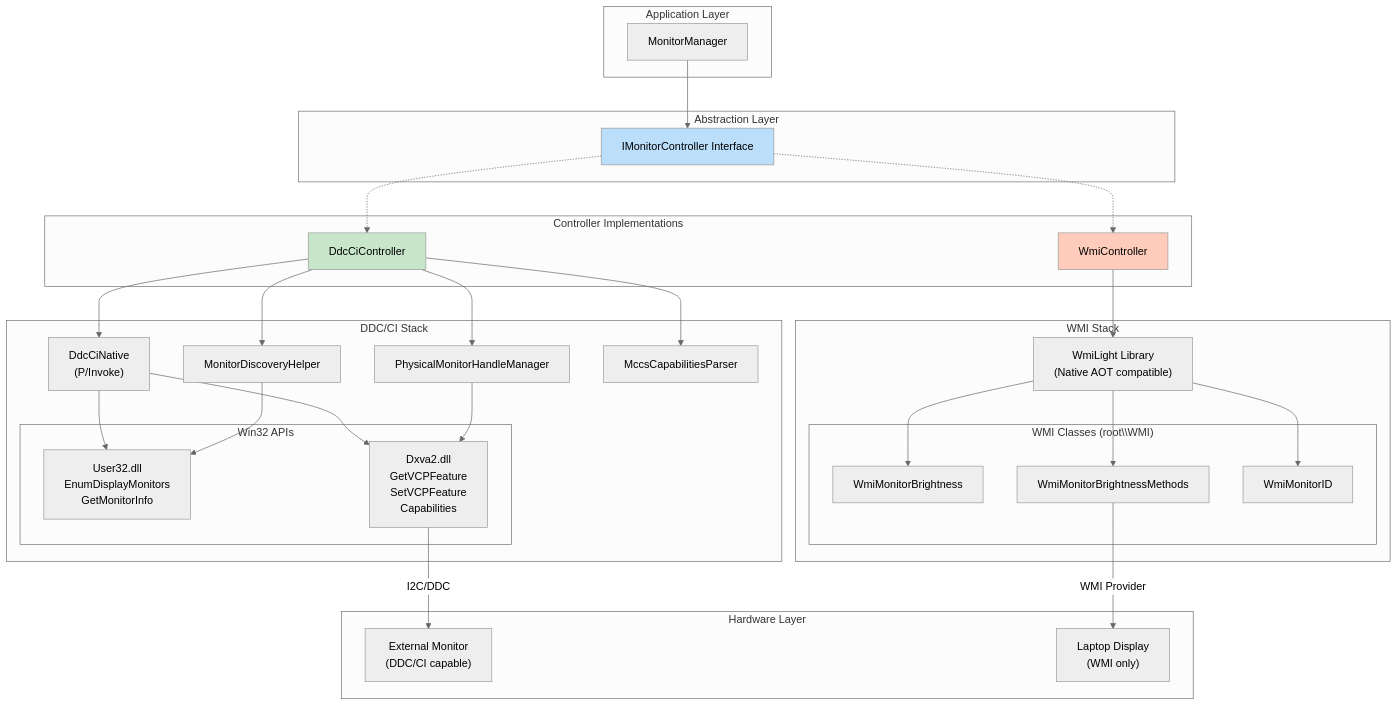
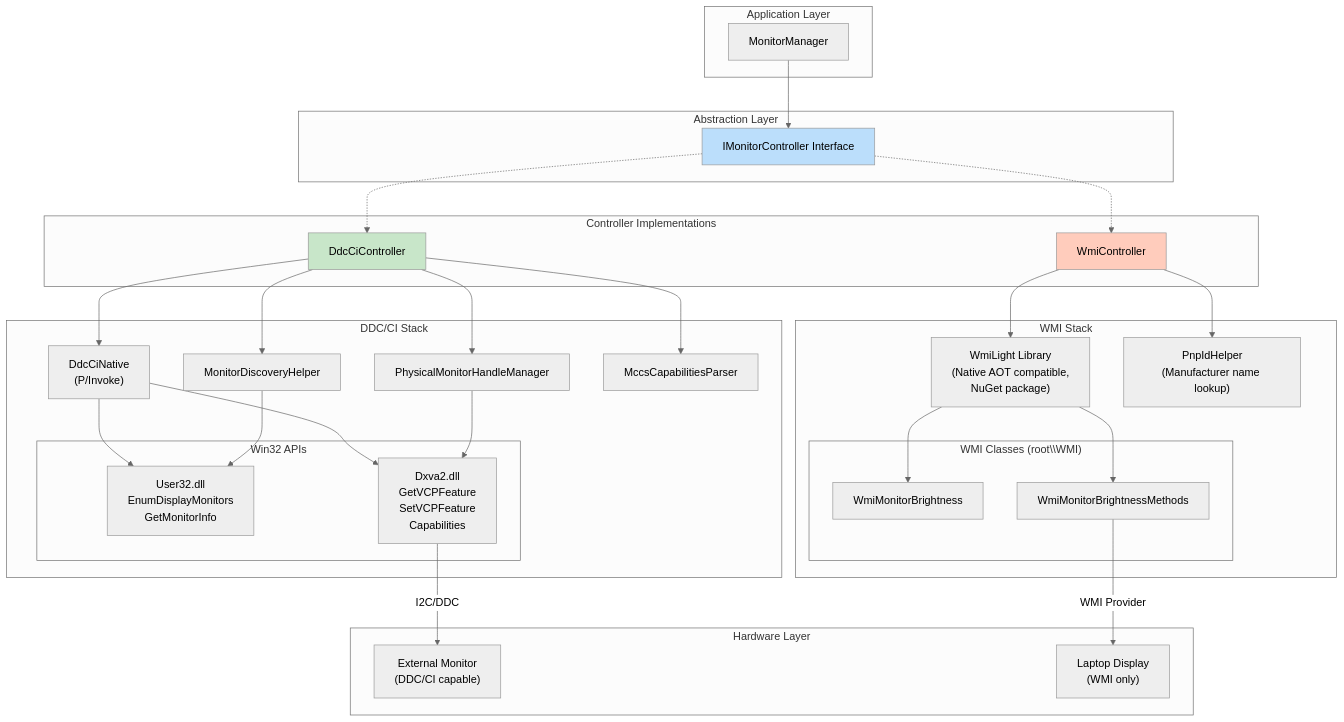
The third of 17 diagrams in doc/devdocs/modules/powerdisplay/design.md (microsoft/PowerToys), drawn with Mermaid (neutral theme) before and after one commit. The commit also changed other lines of this file and 2 other files, not shown here.

````diff
--- a/doc/devdocs/modules/powerdisplay/design.md
+++ b/doc/devdocs/modules/powerdisplay/design.md
@@ -346,69 +400,69 @@
 ```mermaid
 flowchart TB
     subgraph Application["Application Layer"]
         MM["MonitorManager"]
     end
 
     subgraph Abstraction["Abstraction Layer"]
         IMC["IMonitorController Interface"]
     end
 
     subgraph Controllers["Controller Implementations"]
         DDC["DdcCiController"]
         WMI["WmiController"]
     end
 
     subgraph DDCStack["DDC/CI Stack"]
         DDCNative["DdcCiNative<br/>(P/Invoke)"]
         PhysicalMonitorMgr["PhysicalMonitorHandleManager"]
         MonitorDiscovery["MonitorDiscoveryHelper"]
         CapParser["MccsCapabilitiesParser"]
 
         subgraph Win32["Win32 APIs"]
             User32["User32.dll<br/>EnumDisplayMonitors<br/>GetMonitorInfo"]
             Dxva2["Dxva2.dll<br/>GetVCPFeature<br/>SetVCPFeature<br/>Capabilities"]
         end
     end
 
     subgraph WMIStack["WMI Stack"]
-        WmiLight["WmiLight Library<br/>(Native AOT compatible)"]
+        WmiLight["WmiLight Library<br/>(Native AOT compatible,<br/>NuGet package)"]
+        PnpHelper["PnpIdHelper<br/>(Manufacturer name lookup)"]
 
         subgraph WMIClasses["WMI Classes (root\\WMI)"]
             WmiMonBright["WmiMonitorBrightness"]
             WmiMonBrightMethods["WmiMonitorBrightnessMethods"]
-            WmiMonID["WmiMonitorID"]
         end
     end
 
     subgraph Hardware["Hardware Layer"]
         ExtMon["External Monitor<br/>(DDC/CI capable)"]
         LaptopMon["Laptop Display<br/>(WMI only)"]
     end
 
     MM --> IMC
     IMC -.-> DDC
     IMC -.-> WMI
 
     DDC --> DDCNative
     DDC --> PhysicalMonitorMgr
     DDC --> MonitorDiscovery
     DDC --> CapParser
 
     DDCNative --> User32
     DDCNative --> Dxva2
     MonitorDiscovery --> User32
     PhysicalMonitorMgr --> Dxva2
 
     Dxva2 -->|"I2C/DDC"| ExtMon
 
     WMI --> WmiLight
+    WMI --> PnpHelper
     WmiLight --> WmiMonBright
     WmiLight --> WmiMonBrightMethods
-    WmiLight --> WmiMonID
 
     WmiMonBrightMethods -->|"WMI Provider"| LaptopMon
 
     style IMC fill:#bbdefb
     style DDC fill:#c8e6c9
     style WMI fill:#ffccbc
 ```
````
